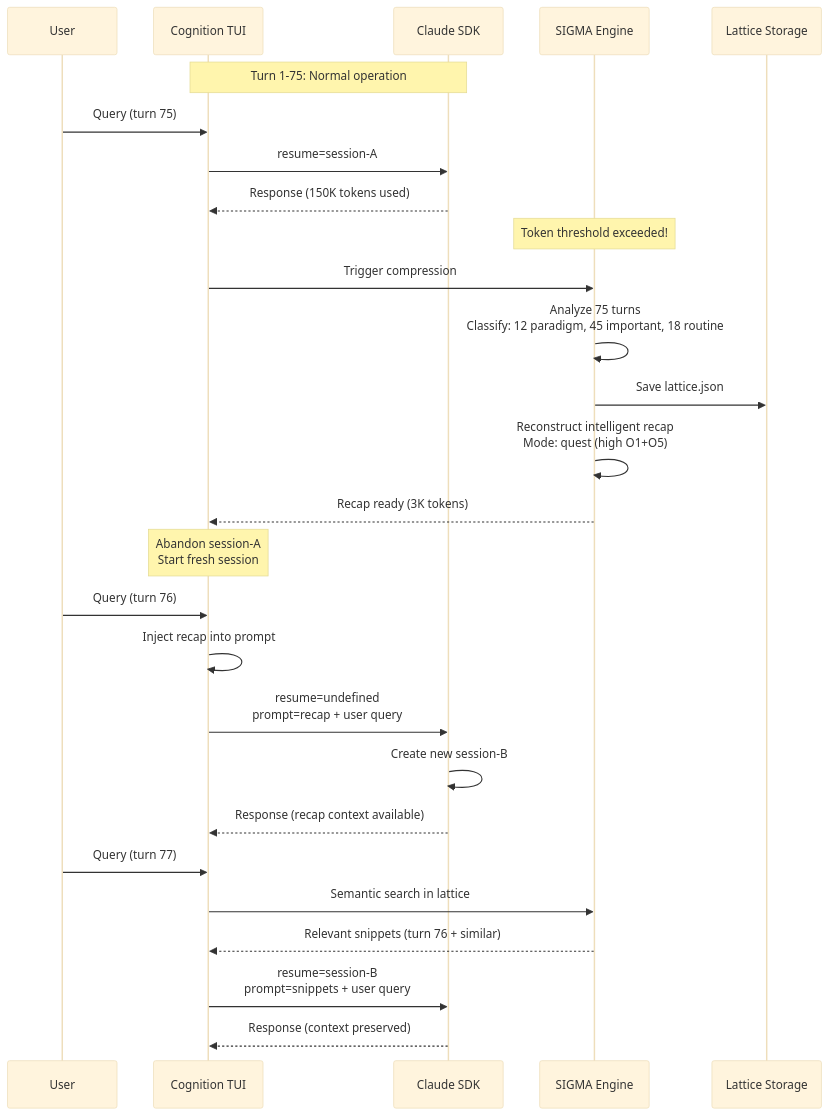
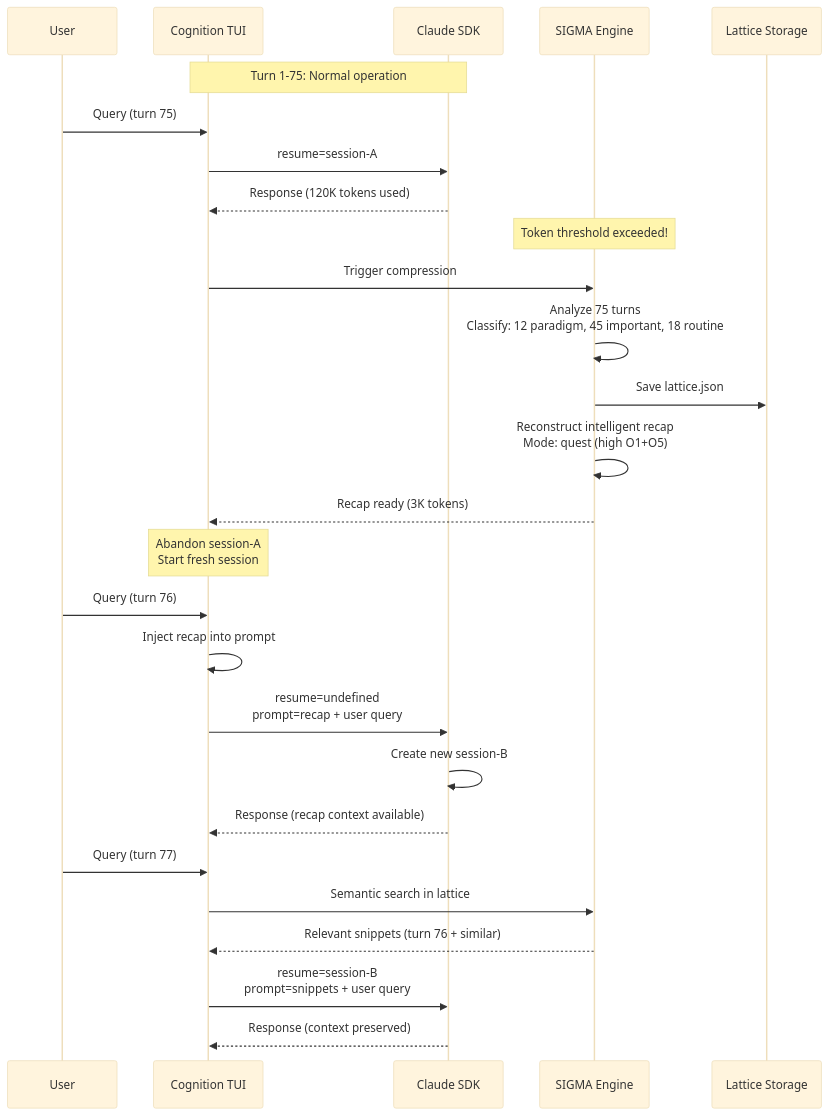
Before and after one commit to mirzahusadzic/cogx: the fifth of 10 diagrams in src/cognition-cli/SIGMA_CONTEXT_ARCHITECTURE.md, drawn with Mermaid (base theme). The commit also changed other lines of this file, not shown here.

````diff
--- a/src/cognition-cli/SIGMA_CONTEXT_ARCHITECTURE.md
+++ b/src/cognition-cli/SIGMA_CONTEXT_ARCHITECTURE.md
@@ -373,34 +374,34 @@
 ```mermaid
 sequenceDiagram
     participant User
     participant TUI as Cognition TUI
     participant SDK as Claude SDK
     participant Sigma as SIGMA Engine
     participant Lattice as Lattice Storage
 
     Note over TUI,SDK: Turn 1-75: Normal operation
     User->>TUI: Query (turn 75)
     TUI->>SDK: resume=session-A
-    SDK-->>TUI: Response (150K tokens used)
+    SDK-->>TUI: Response (120K tokens used)
 
     Note over Sigma: Token threshold exceeded!
     TUI->>Sigma: Trigger compression
     Sigma->>Sigma: Analyze 75 turns<br/>Classify: 12 paradigm, 45 important, 18 routine
     Sigma->>Lattice: Save lattice.json
     Sigma->>Sigma: Reconstruct intelligent recap<br/>Mode: quest (high O1+O5)
     Sigma-->>TUI: Recap ready (3K tokens)
 
     Note over TUI: Abandon session-A<br/>Start fresh session
 
     User->>TUI: Query (turn 76)
     TUI->>TUI: Inject recap into prompt
     TUI->>SDK: resume=undefined<br/>prompt=recap + user query
     SDK->>SDK: Create new session-B
     SDK-->>TUI: Response (recap context available)
 
     User->>TUI: Query (turn 77)
     TUI->>Sigma: Semantic search in lattice
     Sigma-->>TUI: Relevant snippets (turn 76 + similar)
     TUI->>SDK: resume=session-B<br/>prompt=snippets + user query
     SDK-->>TUI: Response (context preserved)
 ```
````
